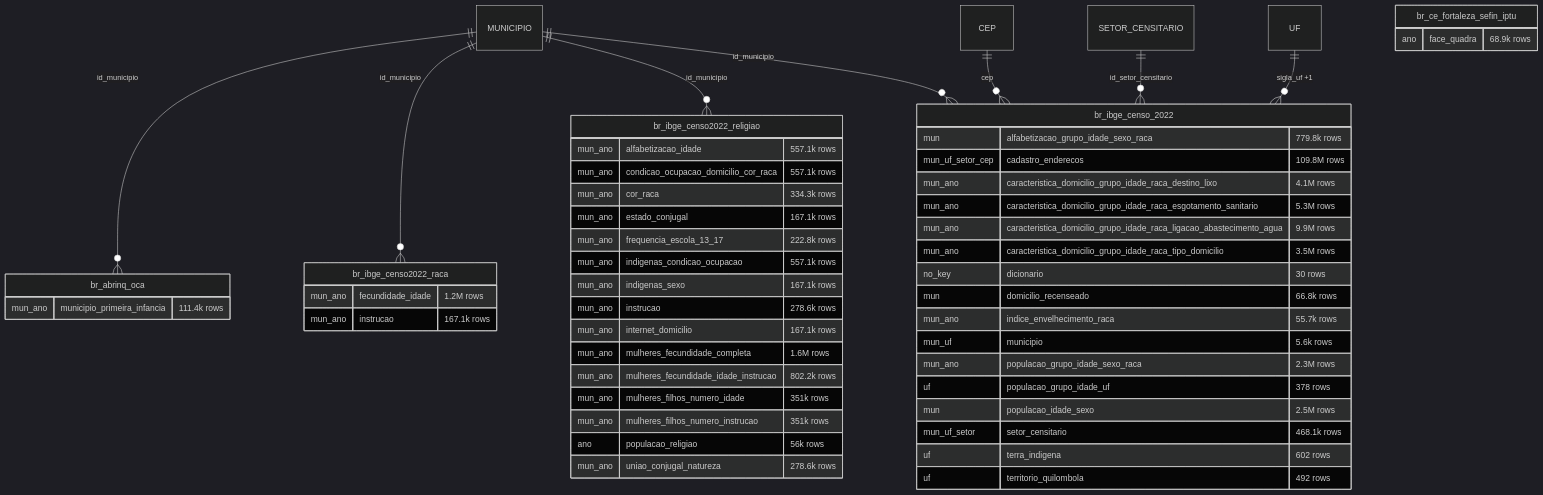
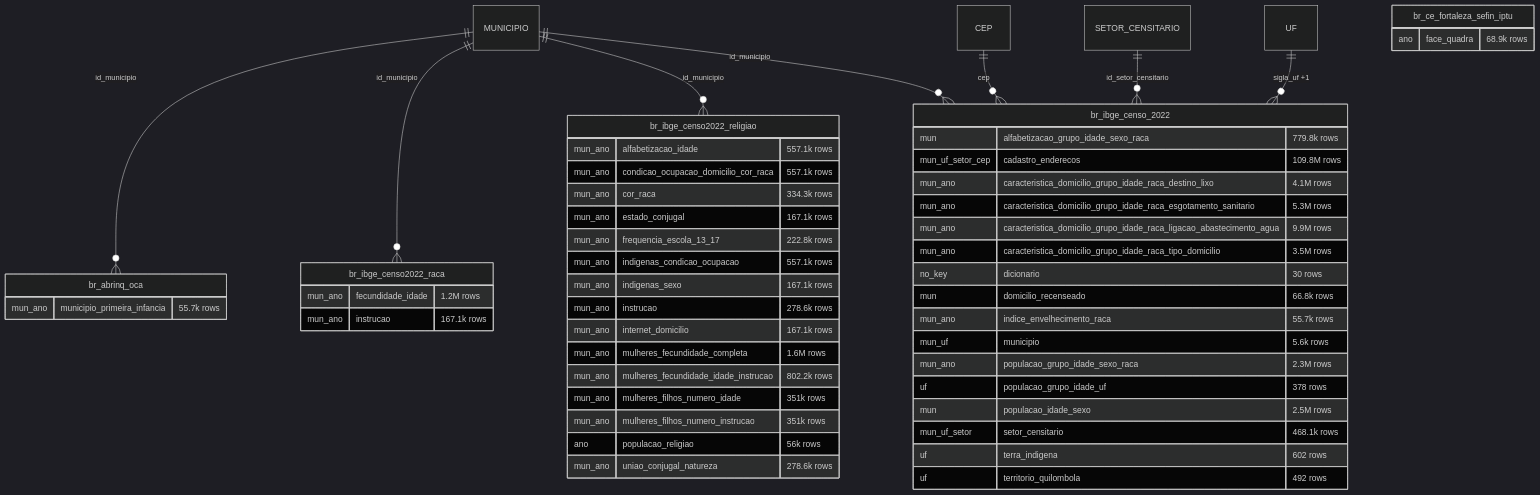
Diagram 17 of 20 in docs/ERD_EN.md (rafapolo/rodado), drawn with Mermaid (dark theme) before and after one commit. The commit also changed other lines of this file and 15 other files, not shown here.

````diff
--- a/docs/ERD_EN.md
+++ b/docs/ERD_EN.md
@@ -1593,55 +1616,55 @@
 ```mermaid
 erDiagram
     MUNICIPIO ||--o{ br_abrinq_oca : "id_municipio"
     MUNICIPIO ||--o{ br_ibge_censo2022_raca : "id_municipio"
     MUNICIPIO ||--o{ br_ibge_censo2022_religiao : "id_municipio"
     CEP ||--o{ br_ibge_censo_2022 : "cep"
     MUNICIPIO ||--o{ br_ibge_censo_2022 : "id_municipio"
     SETOR_CENSITARIO ||--o{ br_ibge_censo_2022 : "id_setor_censitario"
     UF ||--o{ br_ibge_censo_2022 : "sigla_uf +1"
     br_abrinq_oca {
-        mun_ano municipio_primeira_infancia "111.4k rows"
+        mun_ano municipio_primeira_infancia "55.7k rows"
     }
     br_ce_fortaleza_sefin_iptu {
         ano face_quadra "68.9k rows"
     }
     br_ibge_censo2022_raca {
         mun_ano fecundidade_idade "1.2M rows"
         mun_ano instrucao "167.1k rows"
     }
     br_ibge_censo2022_religiao {
         mun_ano alfabetizacao_idade "557.1k rows"
         mun_ano condicao_ocupacao_domicilio_cor_raca "557.1k rows"
         mun_ano cor_raca "334.3k rows"
         mun_ano estado_conjugal "167.1k rows"
         mun_ano frequencia_escola_13_17 "222.8k rows"
         mun_ano indigenas_condicao_ocupacao "557.1k rows"
         mun_ano indigenas_sexo "167.1k rows"
         mun_ano instrucao "278.6k rows"
         mun_ano internet_domicilio "167.1k rows"
         mun_ano mulheres_fecundidade_completa "1.6M rows"
         mun_ano mulheres_fecundidade_idade_instrucao "802.2k rows"
         mun_ano mulheres_filhos_numero_idade "351k rows"
         mun_ano mulheres_filhos_numero_instrucao "351k rows"
         ano populacao_religiao "56k rows"
         mun_ano uniao_conjugal_natureza "278.6k rows"
     }
     br_ibge_censo_2022 {
         mun alfabetizacao_grupo_idade_sexo_raca "779.8k rows"
         mun_uf_setor_cep cadastro_enderecos "109.8M rows"
         mun_ano caracteristica_domicilio_grupo_idade_raca_destino_lixo "4.1M rows"
         mun_ano caracteristica_domicilio_grupo_idade_raca_esgotamento_sanitario "5.3M rows"
         mun_ano caracteristica_domicilio_grupo_idade_raca_ligacao_abastecimento_agua "9.9M rows"
         mun_ano caracteristica_domicilio_grupo_idade_raca_tipo_domicilio "3.5M rows"
         no_key dicionario "30 rows"
         mun domicilio_recenseado "66.8k rows"
         mun_ano indice_envelhecimento_raca "55.7k rows"
         mun_uf municipio "5.6k rows"
         mun_ano populacao_grupo_idade_sexo_raca "2.3M rows"
         uf populacao_grupo_idade_uf "378 rows"
         mun populacao_idade_sexo "2.5M rows"
         mun_uf_setor setor_censitario "468.1k rows"
         uf terra_indigena "602 rows"
         uf territorio_quilombola "492 rows"
     }
 ```
````
